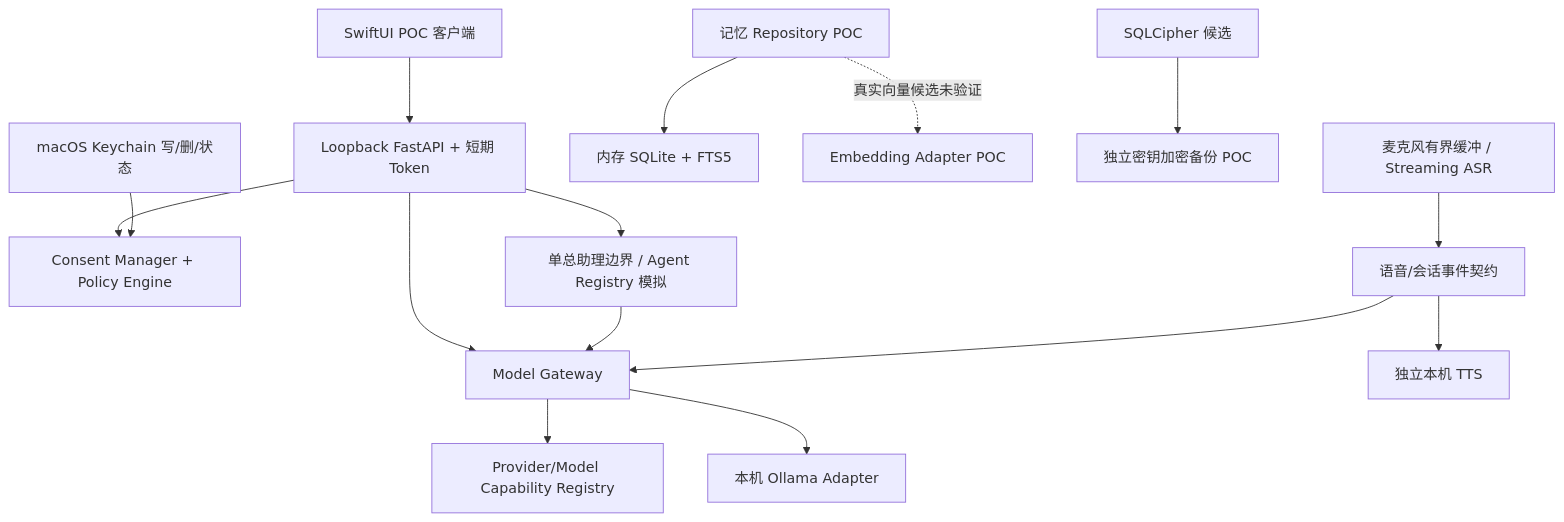
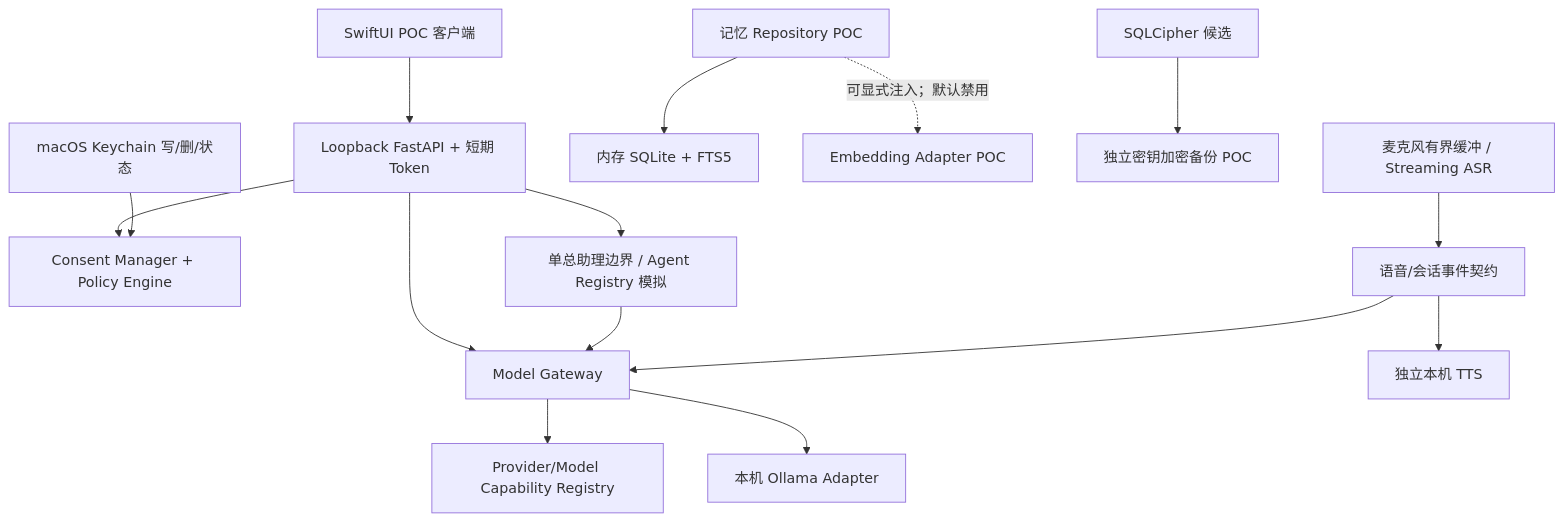
Before and after one commit to wuxiancai/pac: the diagram in docs/poc/phase0-traceability.md, drawn with Mermaid. The commit also changed other lines of this file and 8 other files, not shown here.

Commit message:
poc: integrate opt-in embeddings with memory store

````diff
--- a/docs/poc/phase0-traceability.md
+++ b/docs/poc/phase0-traceability.md
@@ -30,17 +30,17 @@
 ```mermaid
 flowchart TD
   SwiftUI[SwiftUI POC 客户端] --> LocalAPI[Loopback FastAPI + 短期 Token]
   LocalAPI --> Security[Consent Manager + Policy Engine]
   LocalAPI --> Gateway[Model Gateway]
   Gateway --> Capability[Provider/Model Capability Registry]
   Gateway --> Ollama[本机 Ollama Adapter]
   LocalAPI --> Agent[单总助理边界 / Agent Registry 模拟]
   Agent --> Gateway
   ASR[麦克风有界缓冲 / Streaming ASR] --> Session[语音/会话事件契约]
   Session --> TTS[独立本机 TTS]
   Session --> Gateway
   Memory[记忆 Repository POC] --> SQLite[内存 SQLite + FTS5]
-  Memory -. 真实向量候选未验证 .-> Embedding[Embedding Adapter POC]
+  Memory -. 可显式注入；默认禁用 .-> Embedding[Embedding Adapter POC]
   Vault[SQLCipher 候选] --> Backup[独立密钥加密备份 POC]
   Keychain[macOS Keychain 写/删/状态] --> Security
 ```
````
